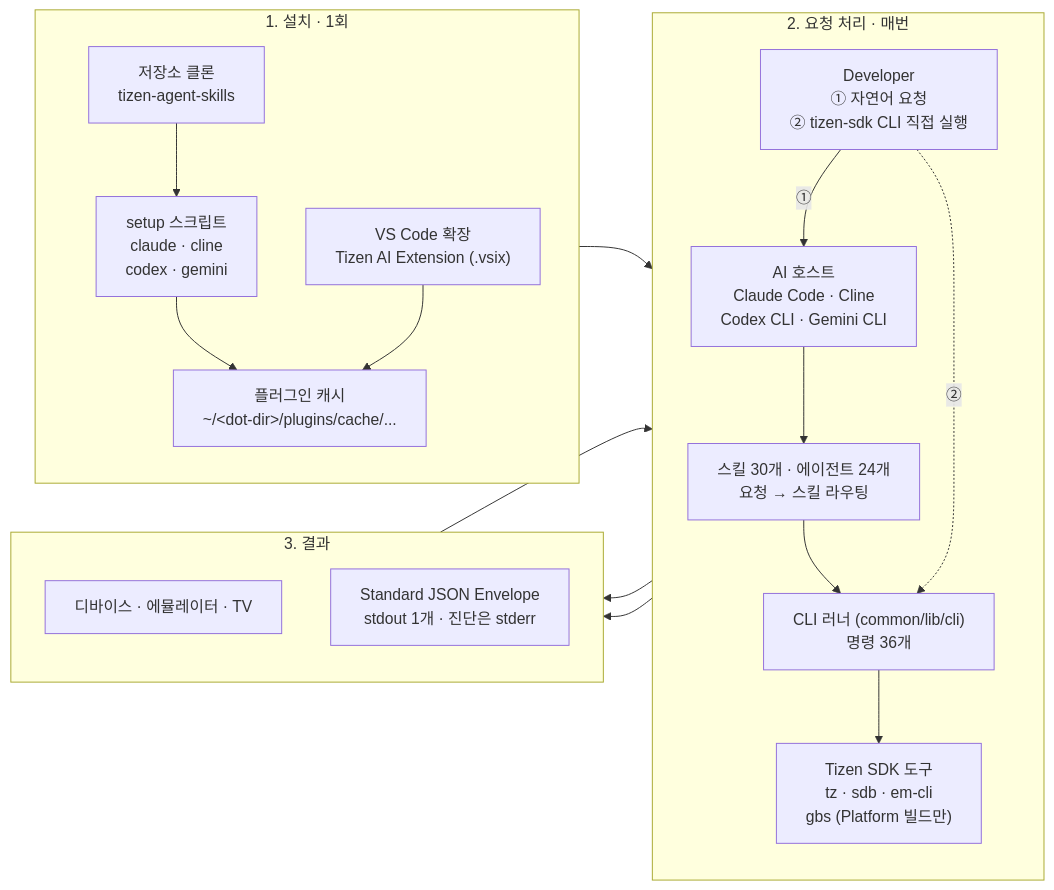
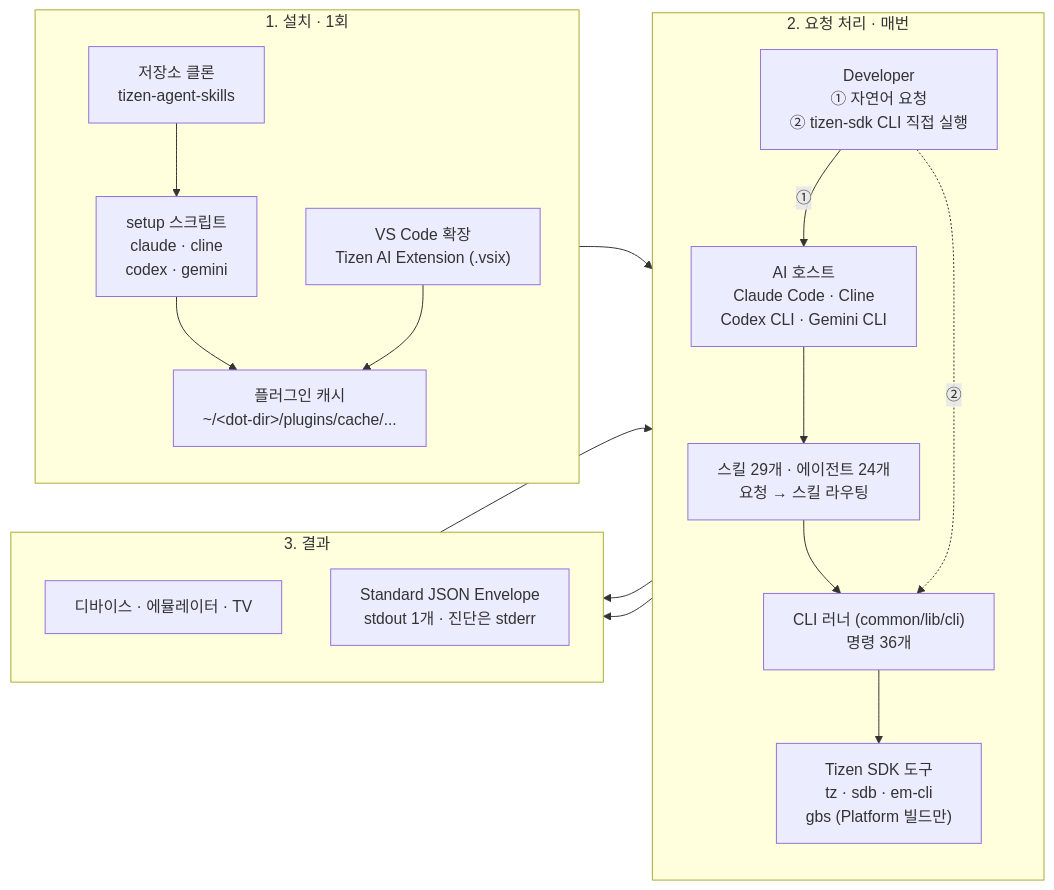
One commit to Samsung/tizen-agent-skills changed the first of 2 diagrams in tizen-sdk-skills/quick-guide.ko.md. Above: the diagram before and after it, drawn with Mermaid. The commit also changed other lines of this file, not shown here.

````diff
--- a/tizen-sdk-skills/quick-guide.ko.md
+++ b/tizen-sdk-skills/quick-guide.ko.md
@@ -11,33 +11,33 @@
 ```mermaid
 flowchart LR
     subgraph S1["1. 설치 · 1회"]
         direction TB
         Clone["저장소 클론<br/>tizen-agent-skills"] --> Setup["setup 스크립트<br/>claude · cline<br/>codex · gemini"]
         VSIX["VS Code 확장<br/>Tizen AI Extension (.vsix)"]
         Setup --> Cache["플러그인 캐시<br/>~/&lt;dot-dir&gt;/plugins/cache/..."]
         VSIX --> Cache
     end
 
     subgraph S2["2. 요청 처리 · 매번"]
         direction TB
         Dev["Developer<br/>① 자연어 요청<br/>② tizen-sdk CLI 직접 실행"]
         Host["AI 호스트<br/>Claude Code · Cline<br/>Codex CLI · Gemini CLI"]
-        Skill["스킬 30개 · 에이전트 24개<br/>요청 → 스킬 라우팅"]
+        Skill["스킬 29개 · 에이전트 24개<br/>요청 → 스킬 라우팅"]
         Runner["CLI 러너 (common/lib/cli)<br/>명령 36개"]
         Tools["Tizen SDK 도구<br/>tz · sdb · em-cli<br/>gbs (Platform 빌드만)"]
         Dev -->|①| Host --> Skill --> Runner
         Dev -.->|②| Runner
         Runner --> Tools
     end
 
     subgraph S3["3. 결과"]
         direction TB
         Target["디바이스 · 에뮬레이터 · TV"]
         Env["Standard JSON Envelope<br/>stdout 1개 · 진단은 stderr"]
     end
 
     Cache --> Skill
     Tools --> Target
     Runner --> Env
     Env --> Host
 ```
````
